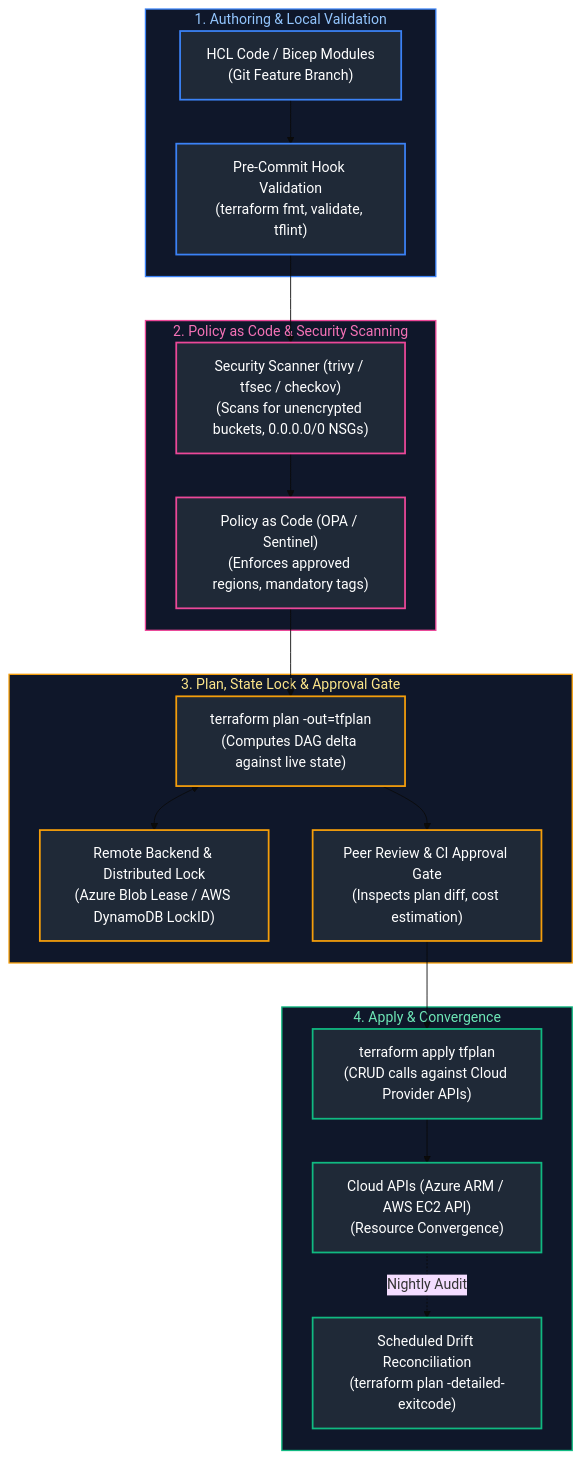
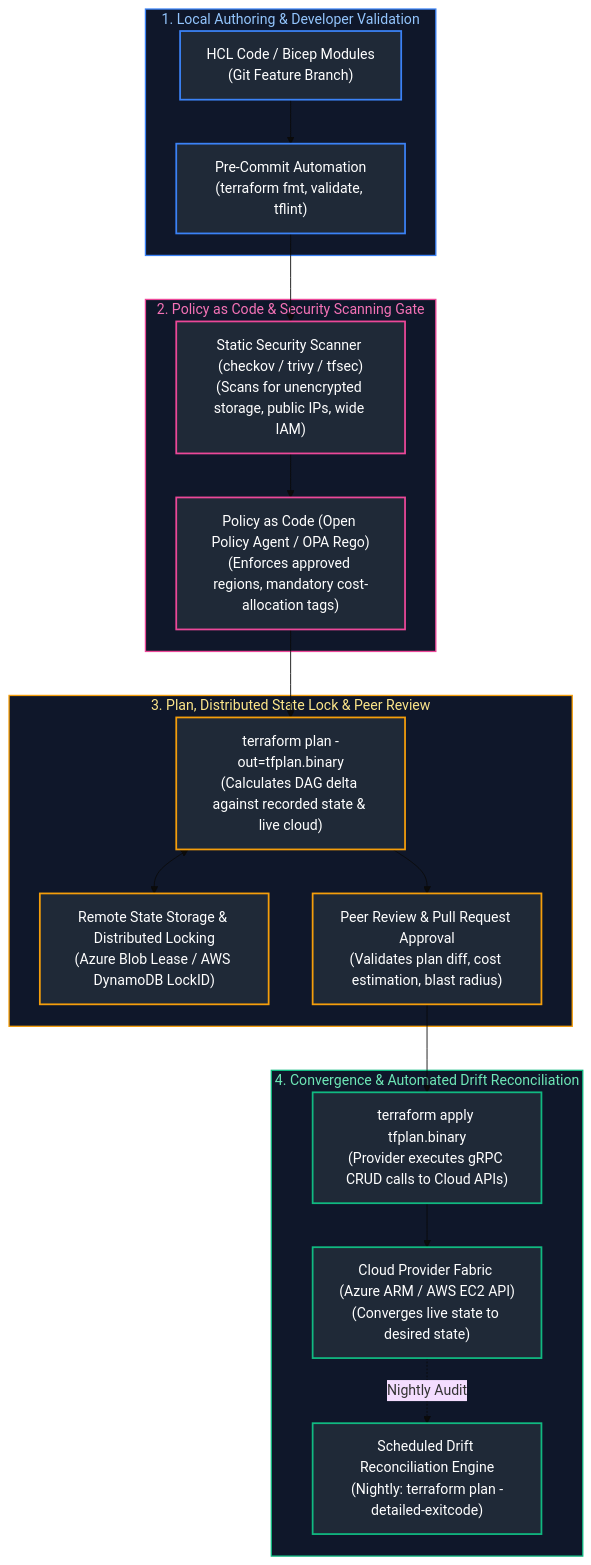
Before and after one commit to joydeep-biswas/Interview-Preparation: the first of 5 diagrams in Cloud Engineering/06_infrastructure_as_code_and_configuration_management.md, drawn with Mermaid (base theme). The commit also changed other lines of this file and 143 other files, not shown here.

````diff
--- a/Cloud Engineering/06_infrastructure_as_code_and_configuration_management.md
+++ b/Cloud Engineering/06_infrastructure_as_code_and_configuration_management.md
@@ -9,49 +11,50 @@
 ```mermaid
 flowchart TD
-    subgraph DeveloperWorkflow ["1. Authoring & Local Validation"]
-        HCLCode["HCL Code / Bicep Modules<br/>(Git Feature Branch)"]
-        PreCommit["Pre-Commit Hook Validation<br/>(terraform fmt, validate, tflint)"]
-        HCLCode --> PreCommit
+    subgraph AuthoringStage ["1. Local Authoring & Developer Validation"]
+        HCL["HCL Code / Bicep Modules<br/>(Git Feature Branch)"]
+        PreCommit["Pre-Commit Automation<br/>(terraform fmt, validate, tflint)"]
+        HCL --> PreCommit
     end
 
-    subgraph SecurityGate ["2. Policy as Code & Security Scanning"]
-        TfSec["Security Scanner (trivy / tfsec / checkov)<br/>(Scans for unencrypted buckets, 0.0.0.0/0 NSGs)"]
-        OPAPolicy["Policy as Code (OPA / Sentinel)<br/>(Enforces approved regions, mandatory tags)"]
-        PreCommit --> TfSec --> OPAPolicy
+    subgraph SecurityGate ["2. Policy as Code & Security Scanning Gate"]
+        StaticScan["Static Security Scanner (checkov / trivy / tfsec)<br/>(Scans for unencrypted storage, public IPs, wide IAM)"]
+        OPAPolicy["Policy as Code (Open Policy Agent / OPA Rego)<br/>(Enforces approved regions, mandatory cost-allocation tags)"]
+        PreCommit --> StaticScan --> OPAPolicy
     end
 
-    subgraph ExecutionPlane ["3. Plan, State Lock & Approval Gate"]
-        RemoteState["Remote Backend & Distributed Lock<br/>(Azure Blob Lease / AWS DynamoDB LockID)"]
-        Plan["terraform plan -out=tfplan<br/>(Computes DAG delta against live state)"]
-        ApprovalGate["Peer Review & CI Approval Gate<br/>(Inspects plan diff, cost estimation)"]
+    subgraph ExecutionPlane ["3. Plan, Distributed State Lock & Peer Review"]
+        RemoteState["Remote State Storage & Distributed Locking<br/>(Azure Blob Lease / AWS DynamoDB LockID)"]
+        Plan["terraform plan -out=tfplan.binary<br/>(Calculates DAG delta against recorded state & live cloud)"]
+        ApprovalGate["Peer Review & Pull Request Approval<br/>(Validates plan diff, cost estimation, blast radius)"]
+        
         OPAPolicy --> Plan
         Plan <--> RemoteState
         Plan --> ApprovalGate
     end
 
-    subgraph ProvisioningPlane ["4. Apply & Convergence"]
-        Apply["terraform apply tfplan<br/>(CRUD calls against Cloud Provider APIs)"]
-        CloudAPIs["Cloud APIs (Azure ARM / AWS EC2 API)<br/>(Resource Convergence)"]
-        DriftDaemon["Scheduled Drift Reconciliation<br/>(terraform plan -detailed-exitcode)"]
+    subgraph ProvisioningPlane ["4. Convergence & Automated Drift Reconciliation"]
+        Apply["terraform apply tfplan.binary<br/>(Provider executes gRPC CRUD calls to Cloud APIs)"]
+        CloudAPIs["Cloud Provider Fabric (Azure ARM / AWS EC2 API)<br/>(Converges live state to desired state)"]
+        DriftDaemon["Scheduled Drift Reconciliation Engine<br/>(Nightly: terraform plan -detailed-exitcode)"]
 
         ApprovalGate --> Apply
         Apply --> CloudAPIs
         CloudAPIs -.->|"Nightly Audit"| DriftDaemon
     end
 
-    style DeveloperWorkflow fill:#0f172a,stroke:#3b82f6,stroke-width:1.5px,color:#93c5fd
+    style AuthoringStage fill:#0f172a,stroke:#3b82f6,stroke-width:1.5px,color:#93c5fd
     style SecurityGate fill:#0f172a,stroke:#ec4899,stroke-width:1.5px,color:#f472b6
     style ExecutionPlane fill:#0f172a,stroke:#f59e0b,stroke-width:1.5px,color:#fde68a
     style ProvisioningPlane fill:#0f172a,stroke:#10b981,stroke-width:1.5px,color:#6ee7b7
 
-    style HCLCode fill:#1f2937,stroke:#3b82f6,stroke-width:2px,color:#fff
+    style HCL fill:#1f2937,stroke:#3b82f6,stroke-width:2px,color:#fff
     style PreCommit fill:#1f2937,stroke:#3b82f6,stroke-width:2px,color:#fff
-    style TfSec fill:#1f2937,stroke:#ec4899,stroke-width:2px,color:#fff
+    style StaticScan fill:#1f2937,stroke:#ec4899,stroke-width:2px,color:#fff
     style OPAPolicy fill:#1f2937,stroke:#ec4899,stroke-width:2px,color:#fff
     style RemoteState fill:#1f2937,stroke:#f59e0b,stroke-width:2px,color:#fff
     style Plan fill:#1f2937,stroke:#f59e0b,stroke-width:2px,color:#fff
     style ApprovalGate fill:#1f2937,stroke:#f59e0b,stroke-width:2px,color:#fff
     style Apply fill:#1f2937,stroke:#10b981,stroke-width:2px,color:#fff
     style CloudAPIs fill:#1f2937,stroke:#10b981,stroke-width:2px,color:#fff
     style DriftDaemon fill:#1f2937,stroke:#10b981,stroke-width:2px,color:#fff
 ```
````
